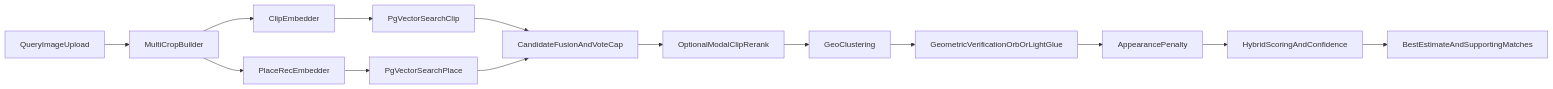
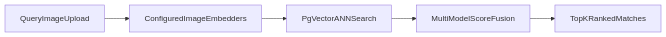
One commit to theRealestAEP/open-geospy changed the diagram in docs/retrieval_pipeline.md. Above: the diagram before and after it, drawn with Mermaid. The commit also changed other lines of this file and 19 other files, not shown here.

````diff
--- a/docs/retrieval_pipeline.md
+++ b/docs/retrieval_pipeline.md
@@ -22,16 +20,7 @@
 ```mermaid
 flowchart LR
-queryImage[QueryImageUpload] --> cropBuilder[MultiCropBuilder]
-cropBuilder --> clipModel[ClipEmbedder]
-cropBuilder --> placeModel[PlaceRecEmbedder]
-clipModel --> clipSearch[PgVectorSearchClip]
-placeModel --> placeSearch[PgVectorSearchPlace]
-clipSearch --> candidateFusion[CandidateFusionAndVoteCap]
-placeSearch --> candidateFusion
-candidateFusion --> modalRerank[OptionalModalClipRerank]
-modalRerank --> geoCluster[GeoClustering]
-geoCluster --> geomVerify[GeometricVerificationOrbOrLightGlue]
-geomVerify --> appearanceCheck[AppearancePenalty]
-appearanceCheck --> finalScore[HybridScoringAndConfidence]
-finalScore --> estimateOutput[BestEstimateAndSupportingMatches]
+queryImage[QueryImageUpload] --> embedModels[ConfiguredImageEmbedders]
+embedModels --> annSearch[PgVectorANNSearch]
+annSearch --> fusion[MultiModelScoreFusion]
+fusion --> rankedOutput[TopKRankedMatches]
 ```
````
